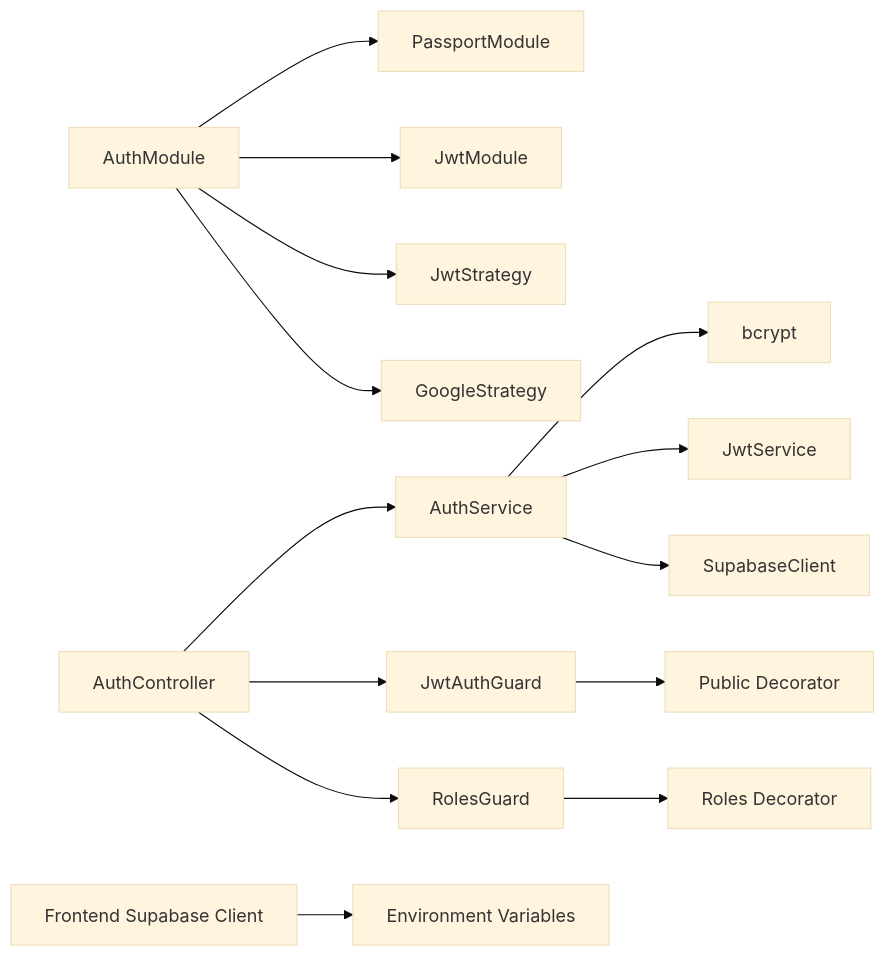
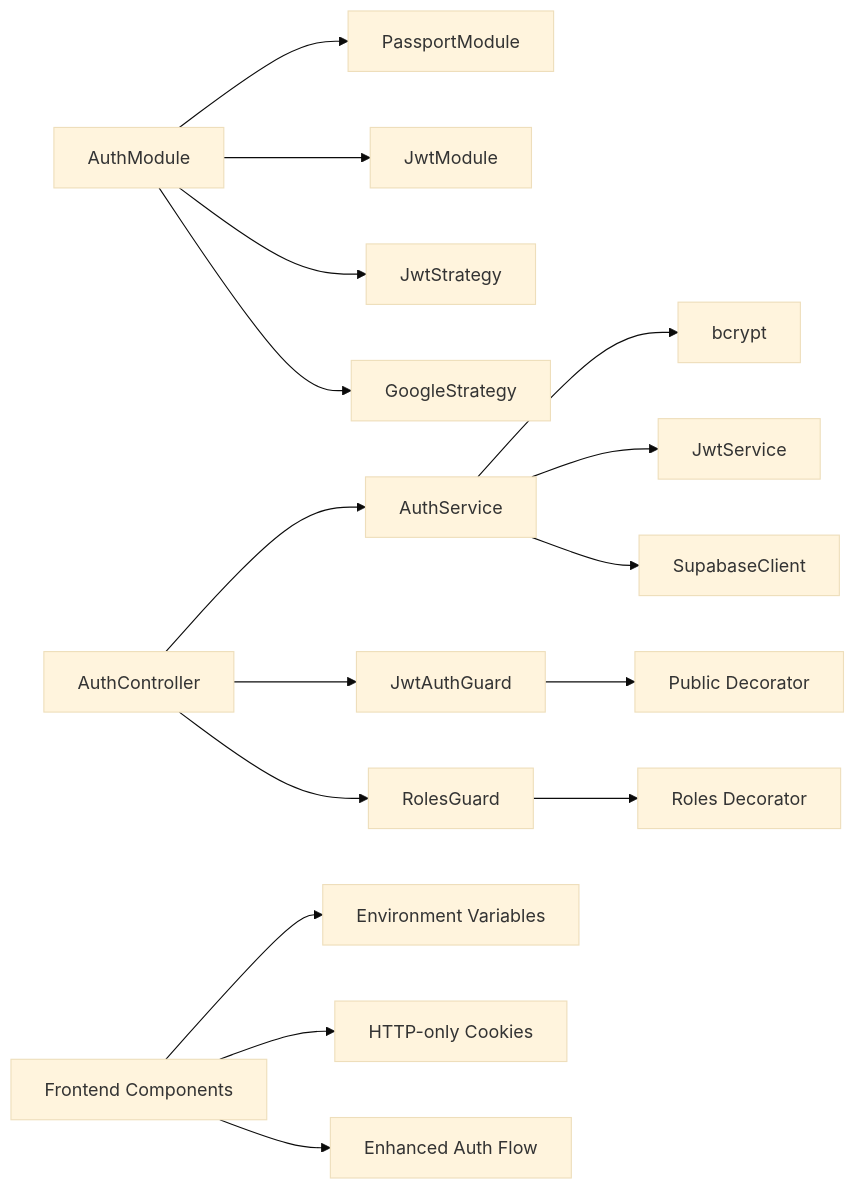
The ninth of 9 diagrams in .qoder/repowiki/en/content/Project Overview/Core Features/User Authentication & Authorization.md (devonxjz/MissLost), drawn with Mermaid (base theme) before and after one commit. The commit also changed other lines of this file and 12 other files, not shown here.

````diff
--- a/.qoder/repowiki/en/content/Project Overview/Core Features/User Authentication & Authorization.md
+++ b/.qoder/repowiki/en/content/Project Overview/Core Features/User Authentication & Authorization.md
@@ -393,16 +453,18 @@
 ```mermaid
 graph LR
 AM["AuthModule"] --> PM["PassportModule"]
 AM --> JM["JwtModule"]
 AM --> JS["JwtStrategy"]
 AM --> GS["GoogleStrategy"]
 AC["AuthController"] --> AS["AuthService"]
 AC --> JAG["JwtAuthGuard"]
 AC --> RG["RolesGuard"]
 AS --> BC["bcrypt"]
 AS --> JW["JwtService"]
 AS --> SC["SupabaseClient"]
 JAG --> DEC["Public Decorator"]
 RG --> RD["Roles Decorator"]
-FE["Frontend Supabase Client"] --> ENV["Environment Variables"]
+FE["Frontend Components"] --> ENV["Environment Variables"]
+FE --> COOKIE["HTTP-only Cookies"]
+FE --> AUTH["Enhanced Auth Flow"]
 ```
````
